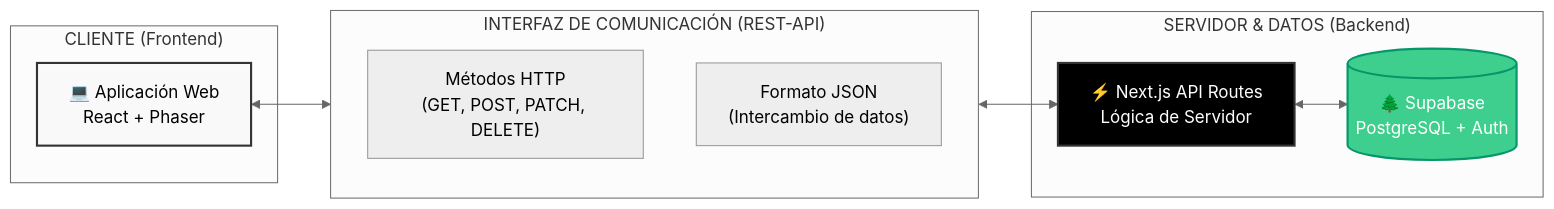
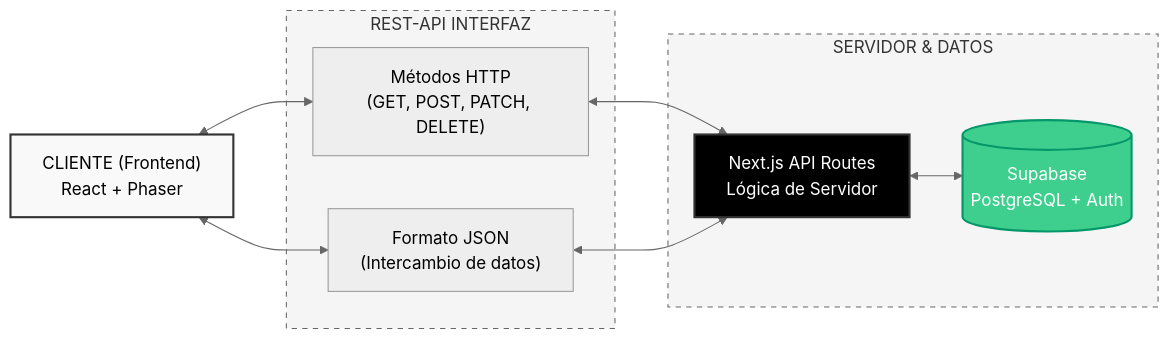
The diagram in README.md (rafaelroldan18/appWebIngles), drawn with Mermaid (neutral theme) before and after one commit.

````diff
--- a/README.md
+++ b/README.md
@@ -78,26 +78,29 @@
 ```mermaid
 graph LR
-    subgraph "CLIENTE (Frontend)"
-        A[💻 Aplicación Web<br/>React + Phaser]
+    %% Nodos Principales
+    Cliente[" CLIENTE (Frontend)<br/>React + Phaser"]
+    
+    subgraph Interfaz ["REST-API INTERFAZ"]
+        HTTP["Métodos HTTP<br/>(GET, POST, PATCH, DELETE)"]
+        JSON["Formato JSON<br/>(Intercambio de datos)"]
     end
 
-    subgraph "INTERFAZ DE COMUNICACIÓN (REST-API)"
-        direction TB
-        B1["Métodos HTTP<br/>(GET, POST, PATCH, DELETE)"]
-        B2["Formato JSON<br/>(Intercambio de datos)"]
-    end
-
-    subgraph "SERVIDOR & DATOS (Backend)"
-        C[⚡ Next.js API Routes<br/>Lógica de Servidor]
-        D[(🌲 Supabase<br/>PostgreSQL + Auth)]
+    subgraph Backend ["SERVIDOR & DATOS"]
+        API[" Next.js API Routes<br/>Lógica de Servidor"]
+        DB[(" Supabase<br/>PostgreSQL + Auth")]
     end
 
     %% Conexiones
-    A <--> B1
-    B1 <--> C
-    C <--> D
-    
-    style A fill:#f9f9f9,stroke:#333,stroke-width:2px
-    style C fill:#000,color:#fff,stroke:#333,stroke-width:2px
-    style D fill:#3ecf8e,color:#fff,stroke:#059669,stroke-width:2px
+    Cliente <--> HTTP
+    Cliente <--> JSON
+    HTTP <--> API
+    JSON <--> API
+    API <--> DB
+
+    %% Estilos
+    style Cliente fill:#f9f9f9,stroke:#333,stroke-width:2px
+    style API fill:#000,color:#fff,stroke:#333,stroke-width:2px
+    style DB fill:#3ecf8e,color:#fff,stroke:#059669,stroke-width:2px
+    style Interfaz fill:#f5f5f5,stroke:#666,stroke-dasharray: 5 5
+    style Backend fill:#f5f5f5,stroke:#666,stroke-dasharray: 5 5
 ```
````
